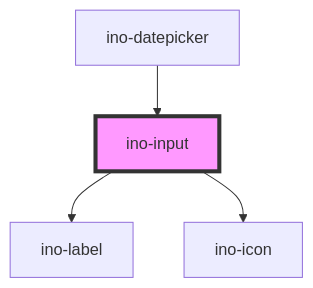
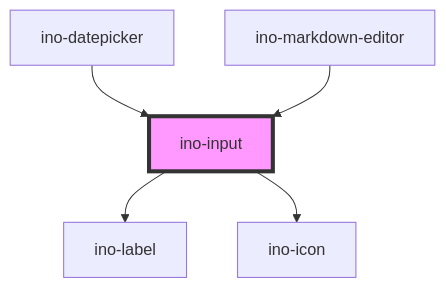
Before and after one commit to inovex/elements: the diagram in packages/elements/src/components/ino-input/readme.md, drawn with Mermaid. The commit also changed other lines of this file and 5 other files, not shown here.

````diff
--- a/packages/elements/src/components/ino-input/readme.md
+++ b/packages/elements/src/components/ino-input/readme.md
@@ -240,7 +241,8 @@
 ```mermaid
 graph TD;
   ino-input --> ino-label
   ino-input --> ino-icon
   ino-datepicker --> ino-input
+  ino-markdown-editor --> ino-input
   style ino-input fill:#f9f,stroke:#333,stroke-width:4px
 ```
````
